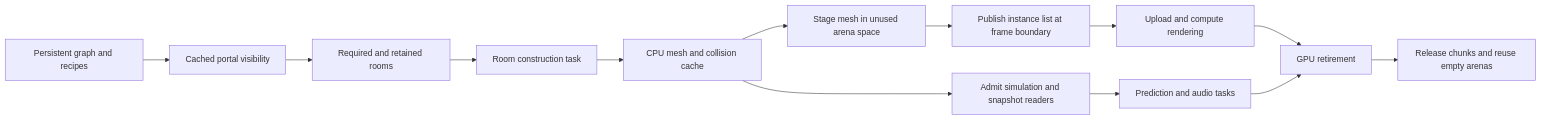
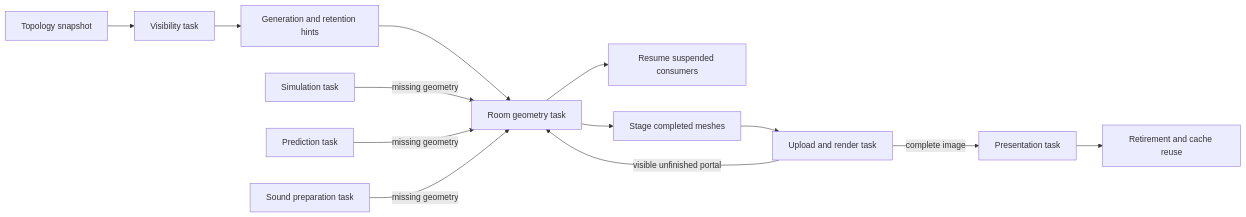
The diagram in docs/content/streaming.md (Hardcode84/10), drawn with Mermaid before and after one commit. The commit also changed other lines of this file and 41 other files, not shown here.

Commit message:
Run room expansion and consumer dependencies through task continuations

````diff
--- a/docs/content/streaming.md
+++ b/docs/content/streaming.md
@@ -50,15 +57,15 @@
 ```mermaid
 flowchart LR
-    Graph[Persistent graph and recipes] --> Visibility[Cached portal visibility]
-    Visibility --> Required[Required and retained rooms]
-    Required --> Build[Room construction task]
-    Build --> Cache[CPU mesh and collision cache]
-    Cache --> Stage[Stage mesh in unused arena space]
-    Stage --> Publish[Publish instance list at frame boundary]
-    Cache --> Physics[Admit simulation and snapshot readers]
-    Physics --> Prediction[Prediction and audio tasks]
-    Publish --> GPU[Upload and compute rendering]
-    GPU --> Retire[GPU retirement]
-    Prediction --> Retire
-    Retire --> Reuse[Release chunks and reuse empty arenas]
+    Graph[Topology snapshot] --> Visibility[Visibility task]
+    Visibility --> Hints[Generation and retention hints]
+    Hints --> Geometry[Room geometry task]
+    Physics[Simulation task] -->|missing geometry| Geometry
+    Prediction[Prediction task] -->|missing geometry| Geometry
+    Sound[Sound preparation task] -->|missing geometry| Geometry
+    Geometry --> Resume[Resume suspended consumers]
+    Geometry --> Stage[Stage completed meshes]
+    Stage --> GPU[Upload and render task]
+    GPU -->|visible unfinished portal| Geometry
+    GPU -->|complete image| Present[Presentation task]
+    Present --> Retire[Retirement and cache reuse]
 ```
````
